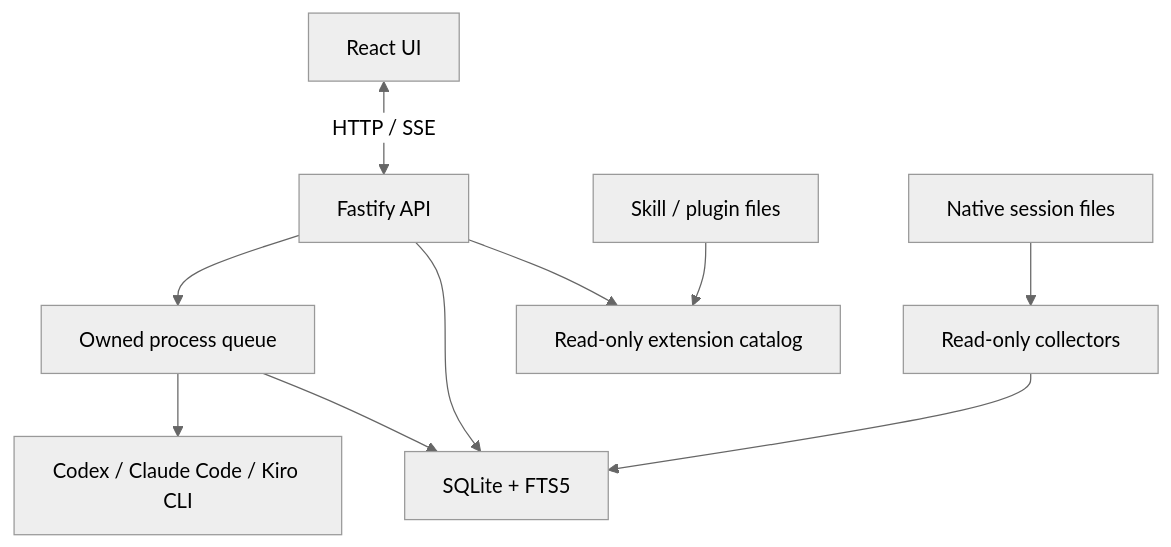
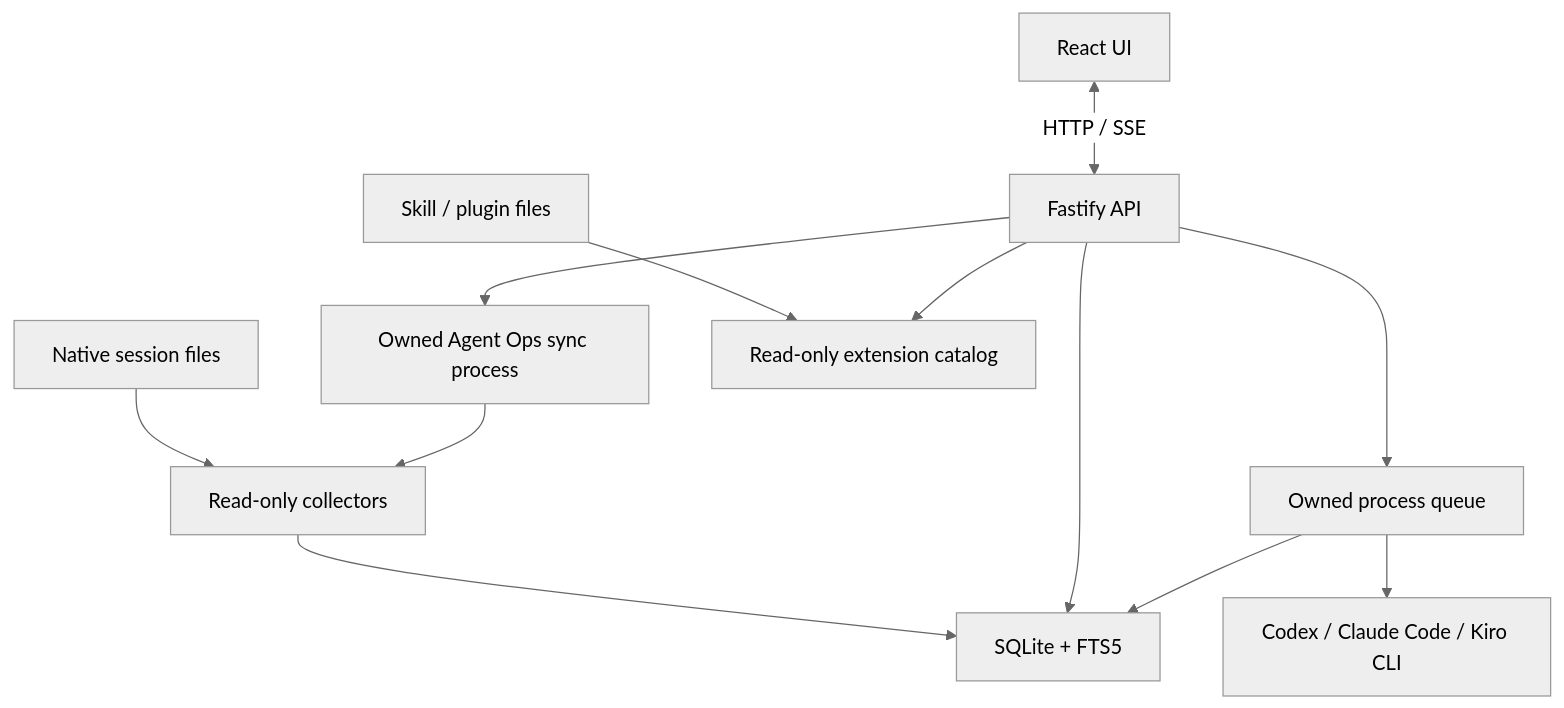
Before and after one commit to whchoi98/agent-ops: the diagram in docs/architecture.md, drawn with Mermaid (neutral theme). The commit also changed other lines of this file and 88 other files, not shown here.

````diff
--- a/docs/architecture.md
+++ b/docs/architecture.md
@@ -5,12 +5,14 @@
 ```mermaid
 flowchart TB
     UI["React UI"] <-->|HTTP / SSE| API["Fastify API"]
     Sources["Native session files"] --> Import["Read-only collectors"]
+    API --> Sync["Owned Agent Ops sync process"]
+    Sync --> Import
     Import --> Store["SQLite + FTS5"]
     API --> Store
     API --> Queue["Owned process queue"]
     Queue --> CLI["Codex / Claude Code / Kiro CLI"]
     Queue --> Store
     Extensions["Skill / plugin files"] --> Catalog["Read-only extension catalog"]
     API --> Catalog
 ```
````
